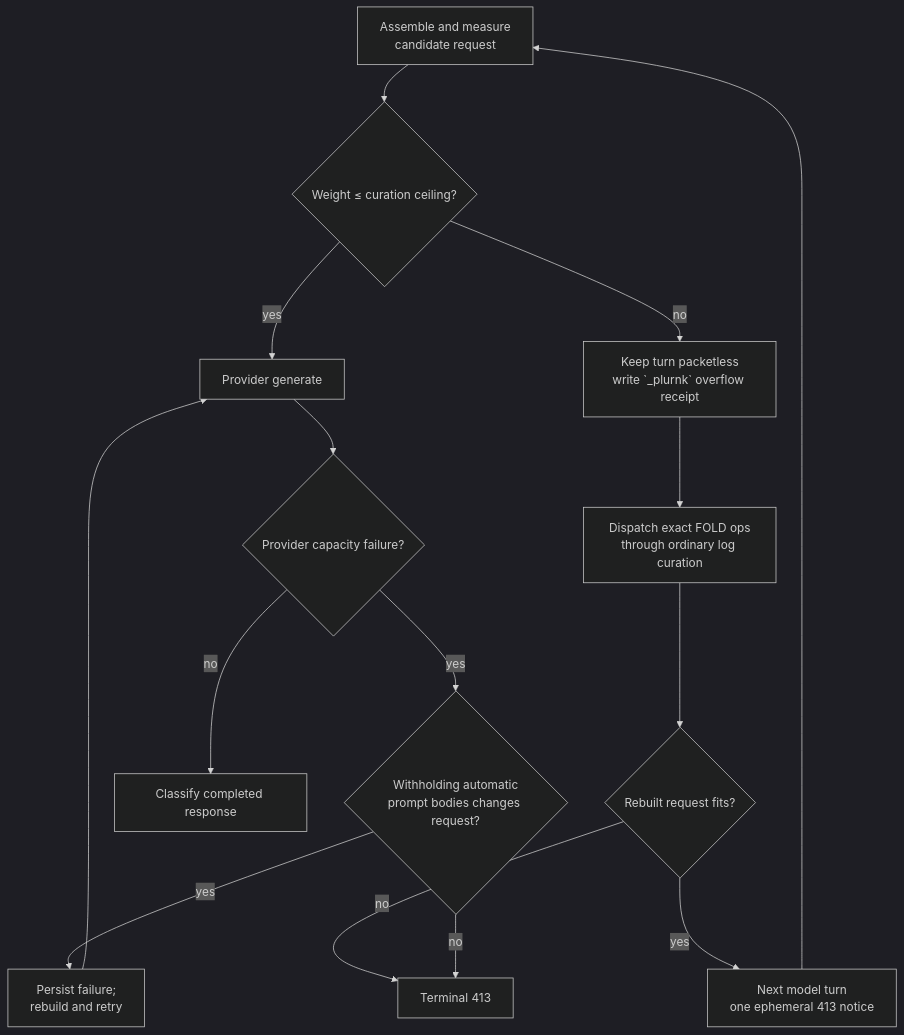
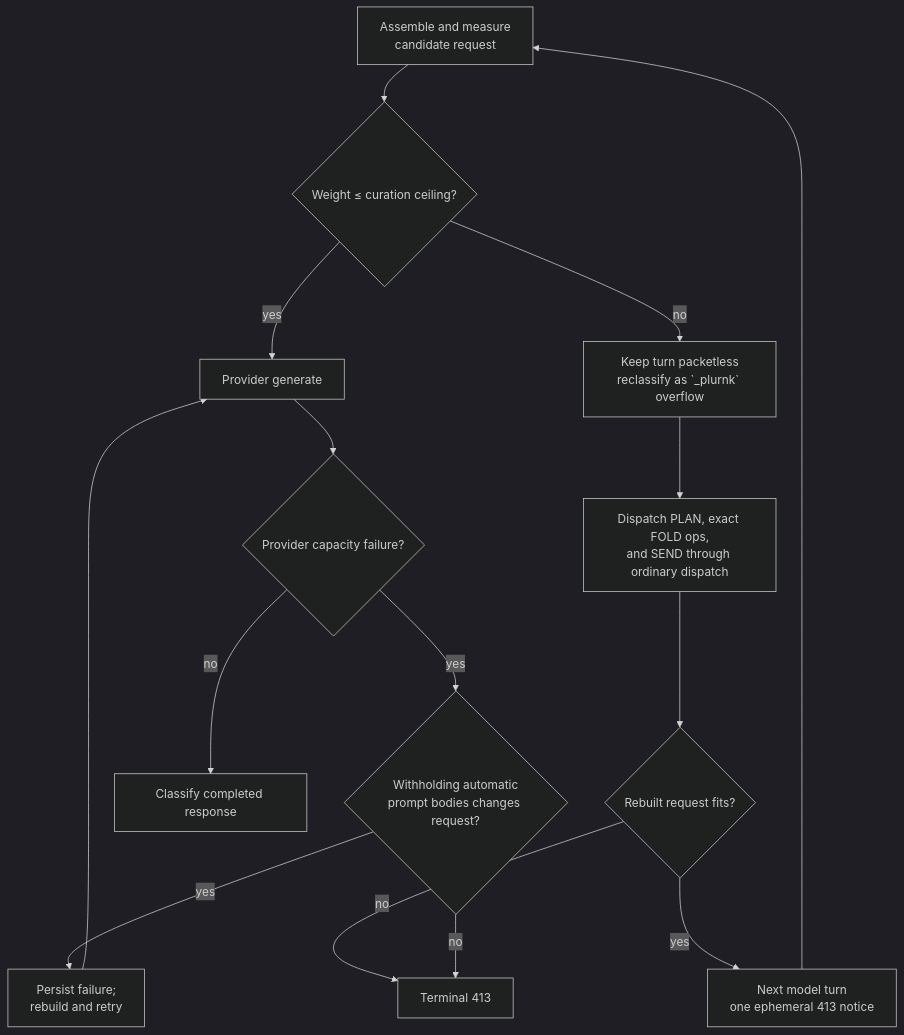
Before and after one commit to plurnk/plurnk-service: diagram 17 of 20 in plurnk-core/SPEC.md, drawn with Mermaid (dark theme). The commit also changed other lines of this file and 62 other files, not shown here.

````diff
--- a/plurnk-core/SPEC.md
+++ b/plurnk-core/SPEC.md
@@ -2834,17 +2857,17 @@
 ```mermaid
 flowchart TD
     assemble["Assemble and measure<br/>candidate request"] --> budget{"Weight ≤ curation ceiling?"}
     budget -->|yes| generate["Provider generate"]
-    budget -->|no| recover["Keep turn packetless<br/>write `_plurnk` overflow receipt"]
-    recover --> fold["Dispatch exact FOLD ops<br/>through ordinary log curation"]
+    budget -->|no| recover["Keep turn packetless<br/>reclassify as `_plurnk` overflow"]
+    recover --> fold["Dispatch PLAN, exact FOLD ops,<br/>and SEND through ordinary dispatch"]
     fold --> verify{"Rebuilt request fits?"}
     verify -->|yes| next["Next model turn<br/>one ephemeral 413 notice"]
     verify -->|no| stop["Terminal 413"]
     next --> assemble
     generate --> capacity{"Provider capacity failure?"}
     capacity -->|no| response["Classify completed response"]
     capacity -->|yes| prompt{"Withholding automatic<br/>prompt bodies changes request?"}
     prompt -->|yes| retry["Persist failure;<br/>rebuild and retry"]
     retry --> generate
     prompt -->|no| stop
 ```
````
